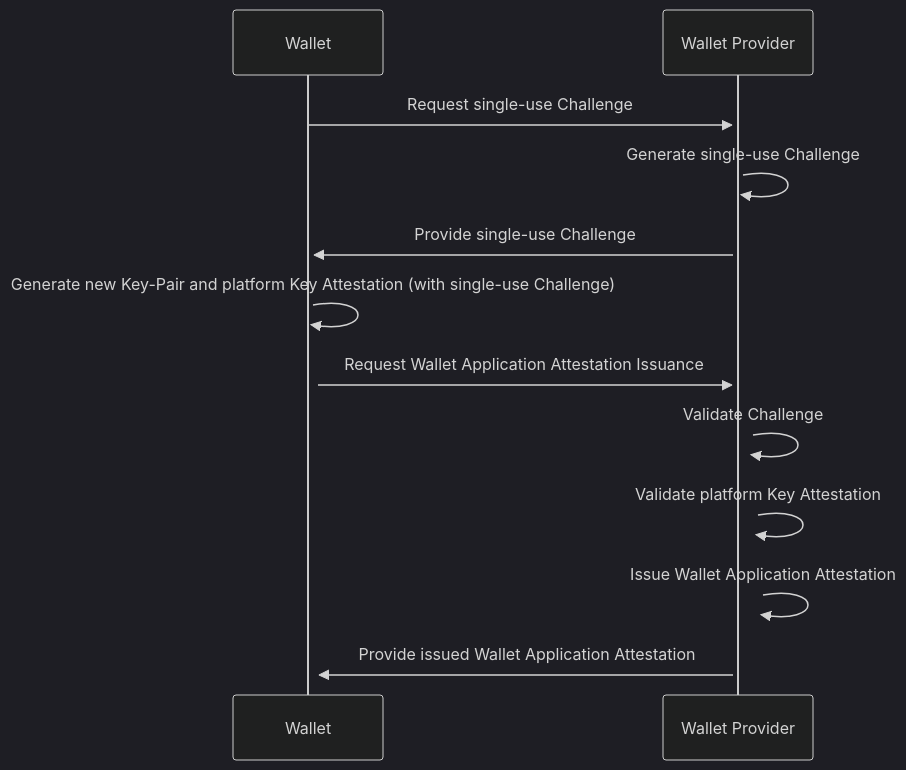
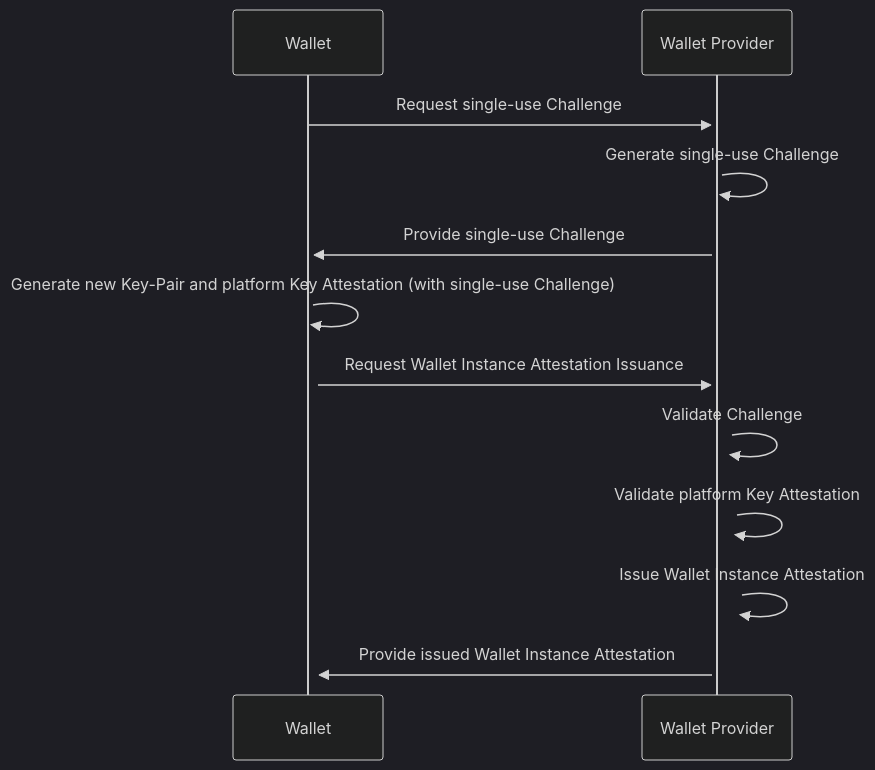
One commit to niscy-eudiw/eudi-srv-wallet-provider changed the first of 4 diagrams in README.md. Above: the diagram before and after it, drawn with Mermaid (dark theme). The commit also changed other lines of this file and 8 other files, not shown here.

Commit message:
Rename Wallet Application Attestation to Wallet Instance Attestation (#18)

````diff
--- a/README.md
+++ b/README.md
@@ -79,20 +79,20 @@
 ```mermaid
 sequenceDiagram    
     participant W as Wallet
     participant WP as Wallet Provider
     
     
     W->>+WP: Request single-use Challenge
     WP->>+WP: Generate single-use Challenge
     WP->>+W: Provide single-use Challenge
     
     W->>+W: Generate new Key-Pair and platform Key Attestation (with single-use Challenge)
     
-    W->>+WP: Request Wallet Application Attestation Issuance
+    W->>+WP: Request Wallet Instance Attestation Issuance
     
     WP->>+WP: Validate Challenge
     WP->>+WP: Validate platform Key Attestation
-    WP->>+WP: Issue Wallet Application Attestation
+    WP->>+WP: Issue Wallet Instance Attestation
     
-    WP->>+W: Provide issued Wallet Application Attestation
+    WP->>+W: Provide issued Wallet Instance Attestation
 ```
````
